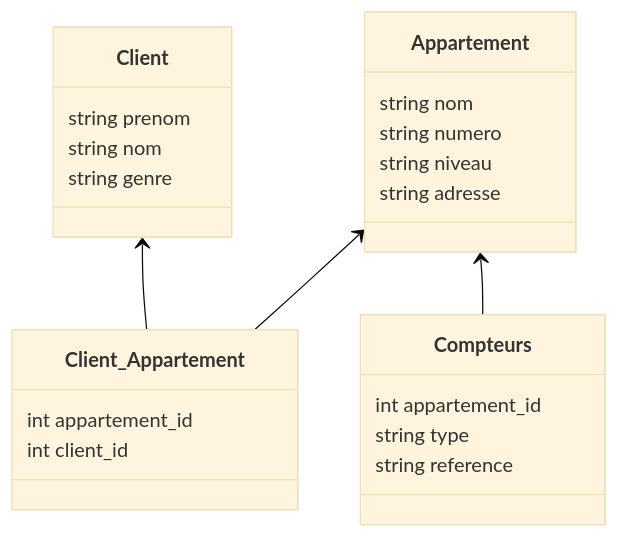
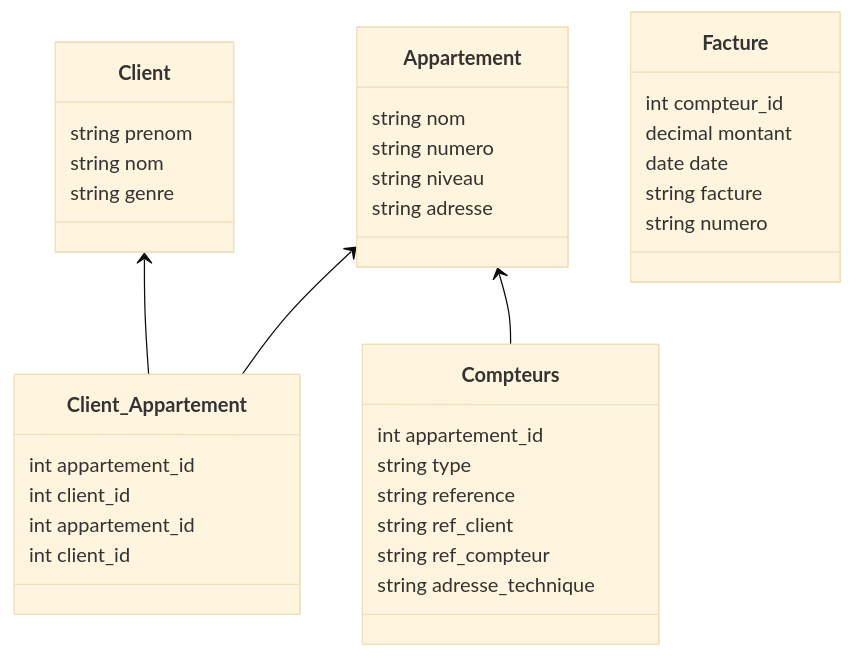
One commit to desmond8500/Building-management changed the diagram in docs/Diagramme.md. Above: the diagram before and after it, drawn with Mermaid (base theme). The commit also changed 29 other files, not shown here.

````diff
--- a/docs/Diagramme.md
+++ b/docs/Diagramme.md
@@ -3,36 +3,52 @@
 ```mermaid
 classDiagram
 
 class Client{
     string prenom
     string nom
     string genre
 }
 
 Client <-- Client_Appartement
 Appartement <-- Client_Appartement
 Appartement <-- Compteurs
 
 class Appartement{
     string nom
     string numero
     string niveau
     string adresse
 }
 
 class Compteurs{
     int appartement_id
     string type
     string reference
+    string ref_client
+    string ref_compteur
+    string adresse_technique
 }
 
 class Client_Appartement{
     int appartement_id
     int client_id
 }
 
+class Client_Appartement{
+    int appartement_id
+    int client_id
+}
+
+class Facture{
+    int compteur_id
+    decimal montant
+    date date
+    string facture
+    string numero
+}
+
 
 
 
 
 ```
````
